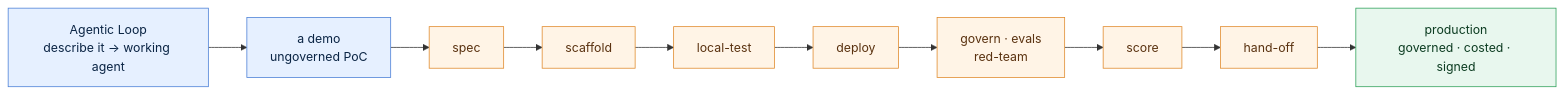
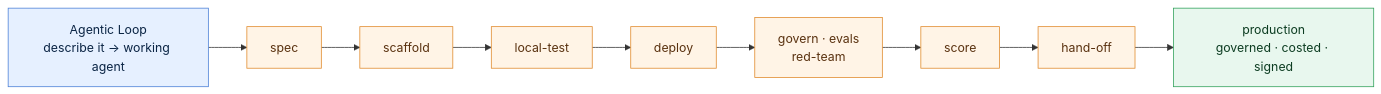
One commit to aiappsgbb/agentic-loop changed the diagram in playbooks/threadlight-pipeline/README.md. Above: the diagram before and after it, drawn with Mermaid. The commit also changed other lines of this file and 1 other file, not shown here.

First line of the commit message:
Reframe Idea-to-Production playbook: complementary tone, clearer title & outcomes

````diff
--- a/playbooks/threadlight-pipeline/README.md
+++ b/playbooks/threadlight-pipeline/README.md
@@ -28,8 +40,7 @@
 ```mermaid
 flowchart LR
-  A["Agentic Loop<br/>describe it → working agent"]:::loop --> D["a demo<br/>ungoverned PoC"]:::loop
-  D --> S1["spec"]:::tl --> S2["scaffold"]:::tl --> S3["local-test"]:::tl --> S4["deploy"]:::tl --> S5["govern · evals<br/>red-team"]:::tl --> S6["score"]:::tl --> S7["hand-off"]:::tl --> P["production<br/>governed · costed · signed"]:::prod
+  A["Agentic Loop<br/>describe it → working agent"]:::loop --> S1["spec"]:::tl --> S2["scaffold"]:::tl --> S3["local-test"]:::tl --> S4["deploy"]:::tl --> S5["govern · evals<br/>red-team"]:::tl --> S6["score"]:::tl --> S7["hand-off"]:::tl --> P["production<br/>governed · costed · signed"]:::prod
   classDef loop fill:#e6f0ff,stroke:#4a7fd6,color:#0b2545;
   classDef tl fill:#fff4e6,stroke:#e08a2b,color:#5a3210;
   classDef prod fill:#e8f7ee,stroke:#2fa15a,color:#0d3d22;
 ```
````
